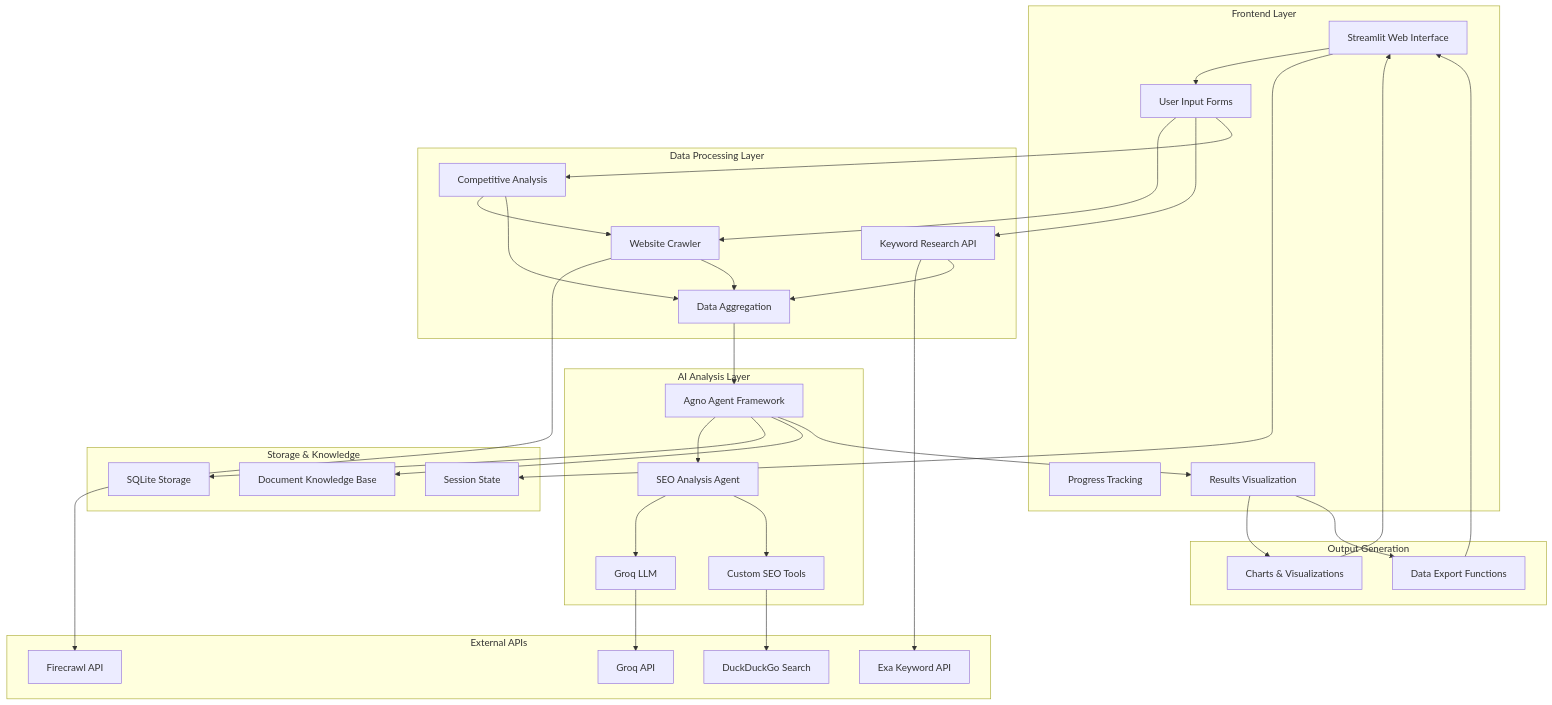
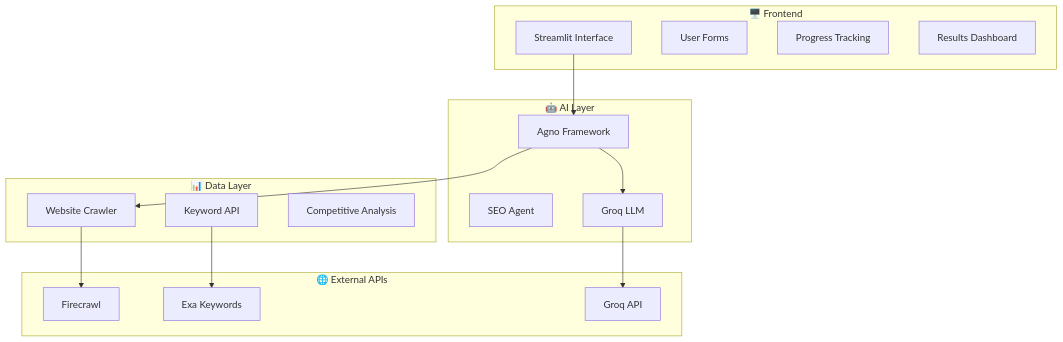
The diagram in README.md (SimranShaikh20/SEO-InsightHub-Powered-by-Agno-AI-Agent-Framework), drawn with Mermaid before and after one commit. The commit also changed other lines of this file, not shown here.

````diff
--- a/README.md
+++ b/README.md
@@ -44,72 +41,34 @@
 ```mermaid
 graph TB
-    subgraph "Frontend Layer"
-        A[Streamlit Web Interface]
-        B[User Input Forms]
+    subgraph "🖥️ Frontend"
+        A[Streamlit Interface]
+        B[User Forms]
         C[Progress Tracking]
-        D[Results Visualization]
+        D[Results Dashboard]
     end
     
-    subgraph "AI Analysis Layer"
-        E[Agno Agent Framework]
-        F[SEO Analysis Agent]
+    subgraph "🤖 AI Layer"
+        E[Agno Framework]
+        F[SEO Agent]
         G[Groq LLM]
-        H[Custom SEO Tools]
     end
     
-    subgraph "Data Processing Layer"
+    subgraph "📊 Data Layer"
         I[Website Crawler]
-        J[Keyword Research API]
+        J[Keyword API]
         K[Competitive Analysis]
-        L[Data Aggregation]
     end
     
-    subgraph "External APIs"
-        M[Firecrawl API]
-        N[Exa Keyword API]
+    subgraph "🌐 External APIs"
+        M[Firecrawl]
+        N[Exa Keywords]
         O[Groq API]
-        P[DuckDuckGo Search]
     end
     
-    subgraph "Storage & Knowledge"
-        Q[SQLite Storage]
-        R[Document Knowledge Base]
-        S[Session State]
-    end
-    
-    subgraph "Output Generation"
-        T[Charts & Visualizations]
-        U[Data Export Functions]
-    end
-    
-    A --> B
-    B --> I
-    B --> J
-    B --> K
-    
+    A --> E
+    E --> I
     I --> M
     J --> N
-    K --> I
-    
-    E --> F
-    F --> G
-    F --> H
+    E --> G
     G --> O
-    H --> P
-    
-    I --> L
-    J --> L
-    K --> L
-    L --> E
-    
-    E --> Q
-    E --> R
-    A --> S
-    
-    E --> D
-    D --> T
-    D --> U
-    
-    T --> A
-    U --> A
 ```
````
